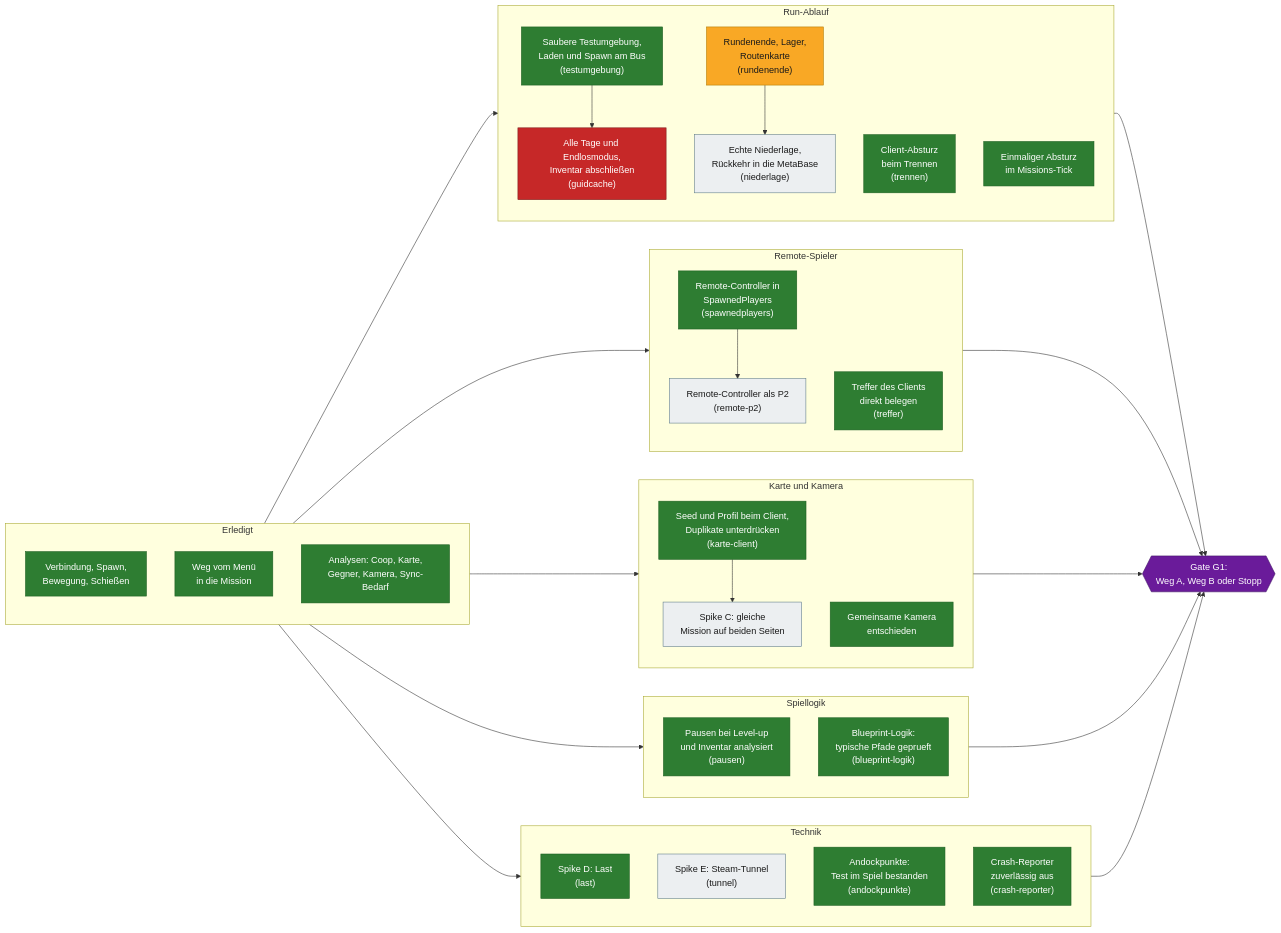
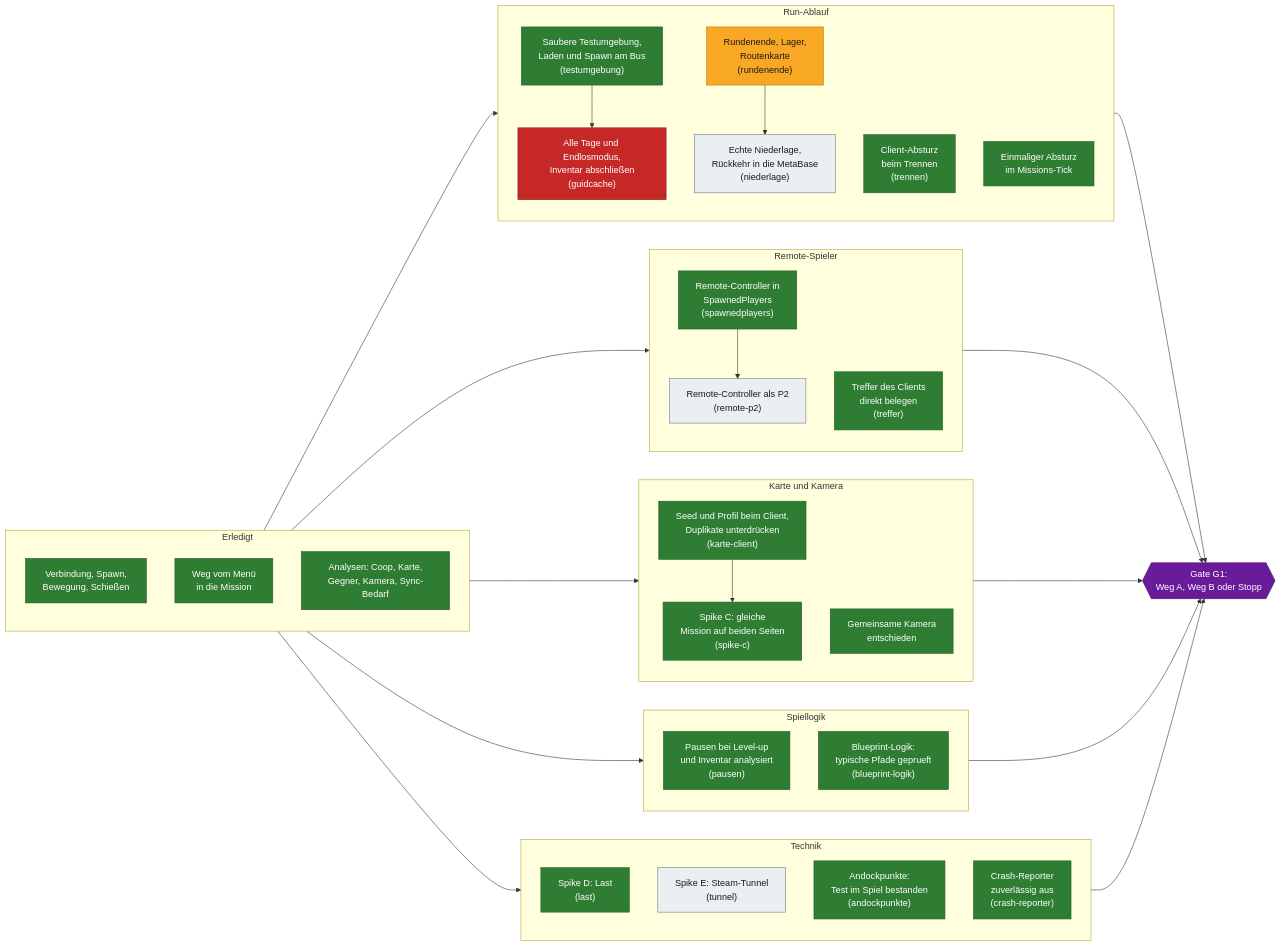
One commit to VitaminStack/Deadly-Days-Roadtrip-Multiplayer-Mod changed the second of 4 diagrams in docs/ROADMAP.md. Above: the diagram before and after it, drawn with Mermaid. The commit also changed other lines of this file and 9 other files, not shown here.

````diff
--- a/docs/ROADMAP.md
+++ b/docs/ROADMAP.md
@@ -75,66 +76,66 @@
 ```mermaid
 flowchart LR
     subgraph BASIS["Erledigt"]
         A1["Verbindung, Spawn,<br/>Bewegung, Schießen"]:::done
         A2["Weg vom Menü<br/>in die Mission"]:::done
         A3["Analysen: Coop, Karte,<br/>Gegner, Kamera, Sync-Bedarf"]:::done
     end
 
     subgraph RUN["Run-Ablauf"]
         TE["Saubere Testumgebung,<br/>Laden und Spawn am Bus<br/>(testumgebung)"]:::done
         T3["Alle Tage und Endlosmodus,<br/>Inventar abschließen<br/>(guidcache)"]:::blocker
         TE --> T3
         RE["Rundenende, Lager,<br/>Routenkarte<br/>(rundenende)"]:::wip
         NI["Echte Niederlage,<br/>Rückkehr in die MetaBase<br/>(niederlage)"]:::open
         TR["Client-Absturz<br/>beim Trennen<br/>(trennen)"]:::done
         MT["Einmaliger Absturz<br/>im Missions-Tick"]:::done
         RE --> NI
     end
 
     subgraph SPIELER["Remote-Spieler"]
         SP["Remote-Controller in<br/>SpawnedPlayers<br/>(spawnedplayers)"]:::done
         RP["Remote-Controller als P2<br/>(remote-p2)"]:::open
         TF["Treffer des Clients<br/>direkt belegen<br/>(treffer)"]:::done
         SP --> RP
     end
 
     subgraph WELT["Karte und Kamera"]
         KC["Seed und Profil beim Client,<br/>Duplikate unterdrücken<br/>(karte-client)"]:::done
-        SC["Spike C: gleiche<br/>Mission auf beiden Seiten"]:::open
+        SC["Spike C: gleiche<br/>Mission auf beiden Seiten<br/>(spike-c)"]:::done
         KE["Gemeinsame Kamera<br/>entschieden"]:::done
         KC --> SC
     end
 
     subgraph LOGIK["Spiellogik"]
         PA["Pausen bei Level-up<br/>und Inventar analysiert<br/>(pausen)"]:::done
         BP["Blueprint-Logik:<br/>typische Pfade geprueft<br/>(blueprint-logik)"]:::done
     end
 
     subgraph TECHNIK["Technik"]
         LA["Spike D: Last<br/>(last)"]:::done
         TU["Spike E: Steam-Tunnel<br/>(tunnel)"]:::open
         AP["Andockpunkte:<br/>Test im Spiel bestanden<br/>(andockpunkte)"]:::done
         CR["Crash-Reporter<br/>zuverlässig aus<br/>(crash-reporter)"]:::done
     end
 
     BASIS --> RUN
     BASIS --> SPIELER
     BASIS --> WELT
     BASIS --> LOGIK
     BASIS --> TECHNIK
 
     RUN --> G1
     SPIELER --> G1
     WELT --> G1
     LOGIK --> G1
     TECHNIK --> G1
 
     G1{{"Gate G1:<br/>Weg A, Weg B oder Stopp"}}:::gate
 
     classDef done fill:#2e7d32,stroke:#1b5e20,color:#ffffff
     classDef wip fill:#f9a825,stroke:#b27a00,color:#1a1a1a
     classDef open fill:#eceff1,stroke:#607d8b,color:#1a1a1a
     classDef blocker fill:#c62828,stroke:#7f1d1d,color:#ffffff
     classDef decision fill:#ef6c00,stroke:#a34800,color:#ffffff
     classDef gate fill:#6a1b9a,stroke:#3e1163,color:#ffffff
 ```
````
